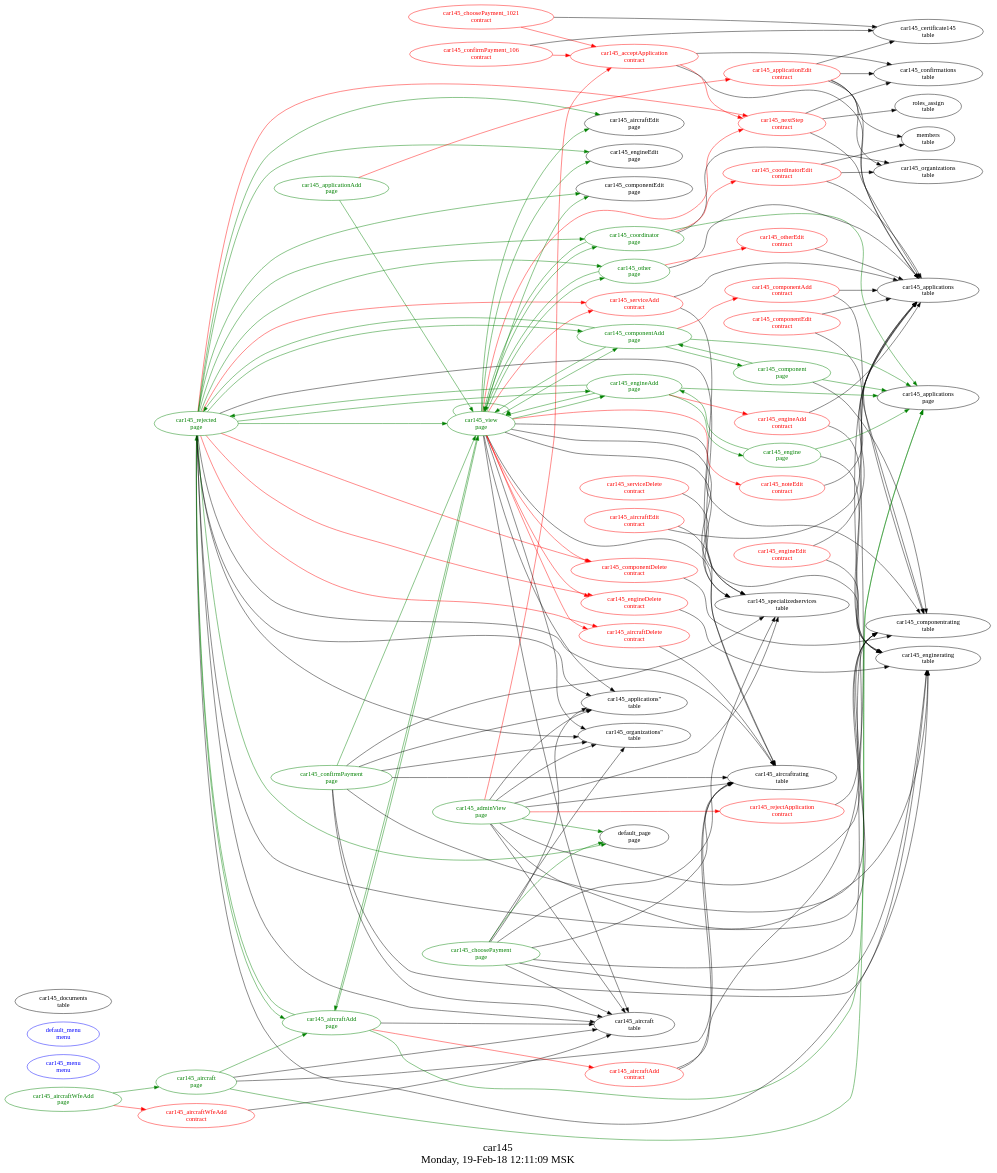
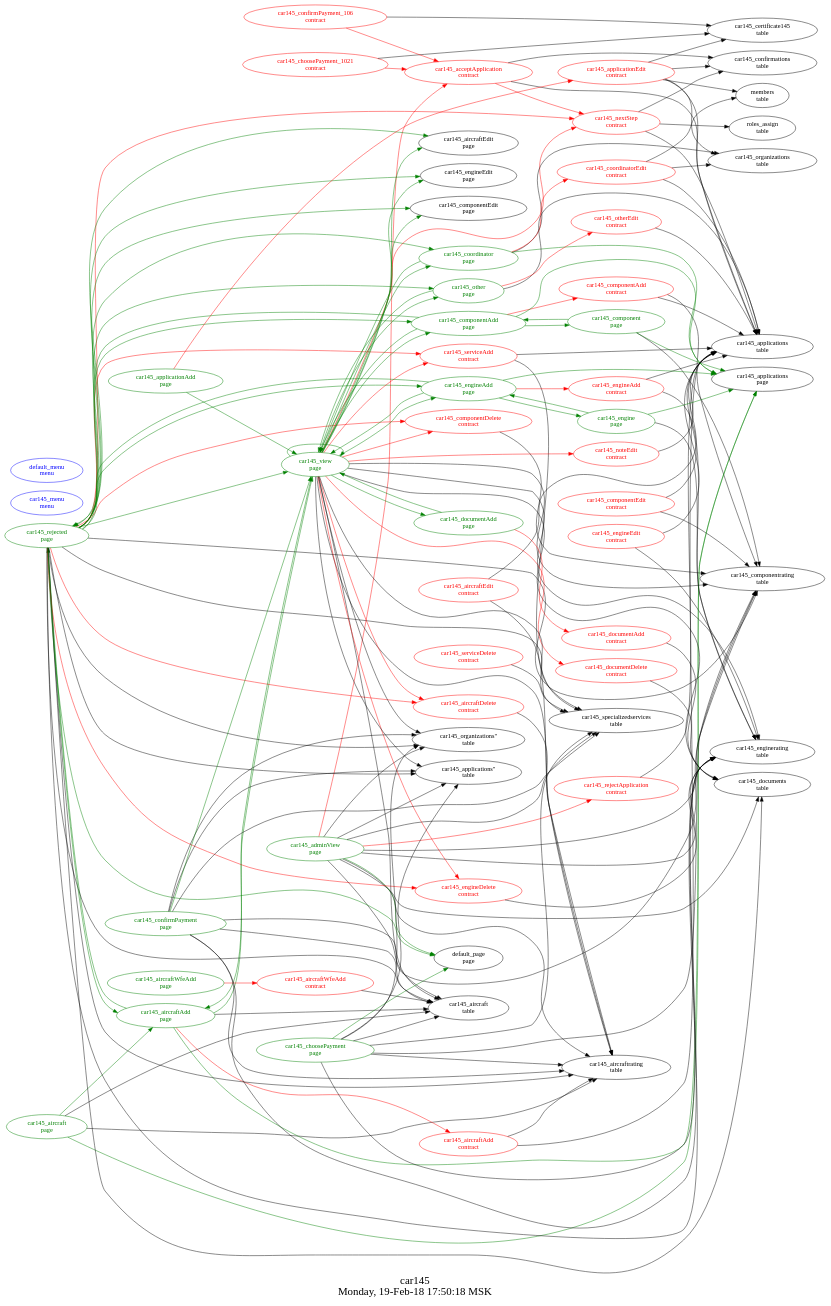
The diagram in src/car145/struct.dot (AplaProject/apps), drawn with Graphviz before and after one commit. The commit also changed 25 other files, not shown here.

```diff
--- a/src/car145/struct.dot
+++ b/src/car145/struct.dot
@@ -1,7 +1,9 @@
 digraph G {
-fontsize="24.0";
-label="car145\nMonday, 19-Feb-18 12:11:09 MSK";
-rankdir=LR;
+graph [
+  fontsize="24.0";
+  label="car145\nMonday, 19-Feb-18 17:50:18 MSK";
+  rankdir=LR;
+];
 "car145_acceptApplication\ncontract" -> "car145_nextStep\ncontract"  [ color=red ]
 "car145_acceptApplication\ncontract" -> "car145_confirmations\ntable"  [ color="" ]
 "car145_acceptApplication\ncontract" -> "car145_applications\ntable"  [ color="" ]
@@ -40,6 +42,10 @@
 "car145_coordinatorEdit\ncontract" -> "car145_organizations\ntable"  [ color="" ]
 "car145_coordinatorEdit\ncontract" -> "car145_applications\ntable"  [ color="" ]
 "car145_coordinatorEdit\ncontract" [color=red, fontcolor=red, group=car];
+"car145_documentAdd\ncontract" -> "car145_documents\ntable"  [ color="" ]
+"car145_documentAdd\ncontract" [color=red, fontcolor=red, group=car];
+"car145_documentDelete\ncontract" -> "car145_documents\ntable"  [ color="" ]
+"car145_documentDelete\ncontract" [color=red, fontcolor=red, group=car];
 "car145_engineAdd\ncontract" -> "car145_enginerating\ntable"  [ color="" ]
 "car145_engineAdd\ncontract" -> "car145_applications\ntable"  [ color="" ]
 "car145_engineAdd\ncontract" [color=red, fontcolor=red, group=car];
@@ -74,6 +80,7 @@
 "car145_adminView\npage" -> "car145_enginerating\ntable"  [ color="" ]
 "car145_adminView\npage" -> "car145_componentrating\ntable"  [ color="" ]
 "car145_adminView\npage" -> "car145_specializedservices\ntable"  [ color="" ]
+"car145_adminView\npage" -> "car145_documents\ntable"  [ color="" ]
 "car145_adminView\npage" -> "default_page\npage"  [ color=green ]
 "car145_adminView\npage" [color=green, fontcolor=green, group=car];
 "car145_aircraft\npage" -> "car145_aircraftrating\ntable"  [ color="" ]
@@ -88,7 +95,6 @@
 "car145_aircraftAdd\npage" -> "car145_view\npage"  [ color=green ]
 "car145_aircraftAdd\npage" [color=green, fontcolor=green, group=car];
 "car145_aircraftWfeAdd\npage" -> "car145_aircraftWfeAdd\ncontract"  [ color=red ]
-"car145_aircraftWfeAdd\npage" -> "car145_aircraft\npage"  [ color=green ]
 "car145_aircraftWfeAdd\npage" [color=green, fontcolor=green, group=car];
 "car145_applicationAdd\npage" -> "car145_applicationEdit\ncontract"  [ color=red ]
 "car145_applicationAdd\npage" -> "car145_view\npage"  [ color=green ]
@@ -126,6 +132,9 @@
 "car145_coordinator\npage" -> "car145_applications\npage"  [ color=green ]
 "car145_coordinator\npage" -> "car145_view\npage"  [ color=green ]
 "car145_coordinator\npage" [color=green, fontcolor=green, group=car];
+"car145_documentAdd\npage" -> "car145_documentAdd\ncontract"  [ color=red ]
+"car145_documentAdd\npage" -> "car145_view\npage"  [ color=green ]
+"car145_documentAdd\npage" [color=green, fontcolor=green, group=car];
 "car145_engine\npage" -> "car145_enginerating\ntable"  [ color="" ]
 "car145_engine\npage" -> "car145_applications\npage"  [ color=green ]
 "car145_engine\npage" -> "car145_engineAdd\npage"  [ color=green ]
@@ -152,6 +161,7 @@
 "car145_rejected\npage" -> "car145_enginerating\ntable"  [ color="" ]
 "car145_rejected\npage" -> "car145_componentrating\ntable"  [ color="" ]
 "car145_rejected\npage" -> "car145_specializedservices\ntable"  [ color="" ]
+"car145_rejected\npage" -> "car145_documents\ntable"  [ color="" ]
 "car145_rejected\npage" -> "car145_coordinator\npage"  [ color=green ]
 "car145_rejected\npage" -> "car145_aircraftEdit\npage"  [ color=green ]
 "car145_rejected\npage" -> "car145_aircraftAdd\npage"  [ color=green ]
@@ -167,6 +177,7 @@
 "car145_view\npage" -> "car145_engineDelete\ncontract"  [ color=red ]
 "car145_view\npage" -> "car145_componentDelete\ncontract"  [ color=red ]
 "car145_view\npage" -> "car145_serviceAdd\ncontract"  [ color=red ]
+"car145_view\npage" -> "car145_documentDelete\ncontract"  [ color=red ]
 "car145_view\npage" -> "car145_noteEdit\ncontract"  [ color=red ]
 "car145_view\npage" -> "car145_nextStep\ncontract"  [ color=red ]
 "car145_view\npage" -> "car145_applications\"\ntable"  [ color="" ]
@@ -176,6 +187,7 @@
 "car145_view\npage" -> "car145_enginerating\ntable"  [ color="" ]
 "car145_view\npage" -> "car145_componentrating\ntable"  [ color="" ]
 "car145_view\npage" -> "car145_specializedservices\ntable"  [ color="" ]
+"car145_view\npage" -> "car145_documents\ntable"  [ color="" ]
 "car145_view\npage" -> "car145_coordinator\npage"  [ color=green ]
 "car145_view\npage" -> "car145_aircraftEdit\npage"  [ color=green ]
 "car145_view\npage" -> "car145_aircraftAdd\npage"  [ color=green ]
@@ -185,6 +197,7 @@
 "car145_view\npage" -> "car145_componentAdd\npage"  [ color=green ]
 "car145_view\npage" -> "car145_view\npage"  [ color=green ]
 "car145_view\npage" -> "car145_other\npage"  [ color=green ]
+"car145_view\npage" -> "car145_documentAdd\npage"  [ color=green ]
 "car145_view\npage" [color=green, fontcolor=green, group=car];
 "car145_aircraft\ntable" [color="", fontcolor="", group=car];
 "car145_aircraftrating\ntable" [color="", fontcolor="", group=car];
```
